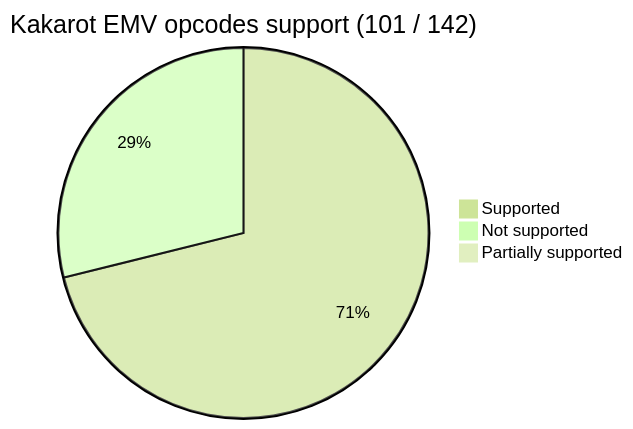
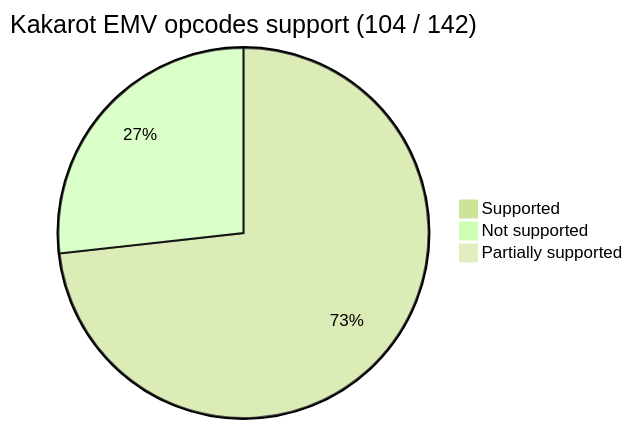
One commit to kkrt-labs/kakarot changed the first of 2 diagrams in README.md. Above: the diagram before and after it, drawn with Mermaid. The commit also changed other lines of this file and 5 other files, not shown here.

````diff
--- a/README.md
+++ b/README.md
@@ -38,9 +36,9 @@
 ```mermaid
 %%{init: {'theme': 'forest', 'themeVariables': { 'darkMode': 'false'}}}%%
 
-pie title Kakarot EMV opcodes support (101 / 142)
-    "Supported" : 101
-    "Not supported" : 41
+pie title Kakarot EMV opcodes support (104 / 142)
+    "Supported" : 104
+    "Not supported" : 38
 
     "Partially supported" : 0
 ```
````
